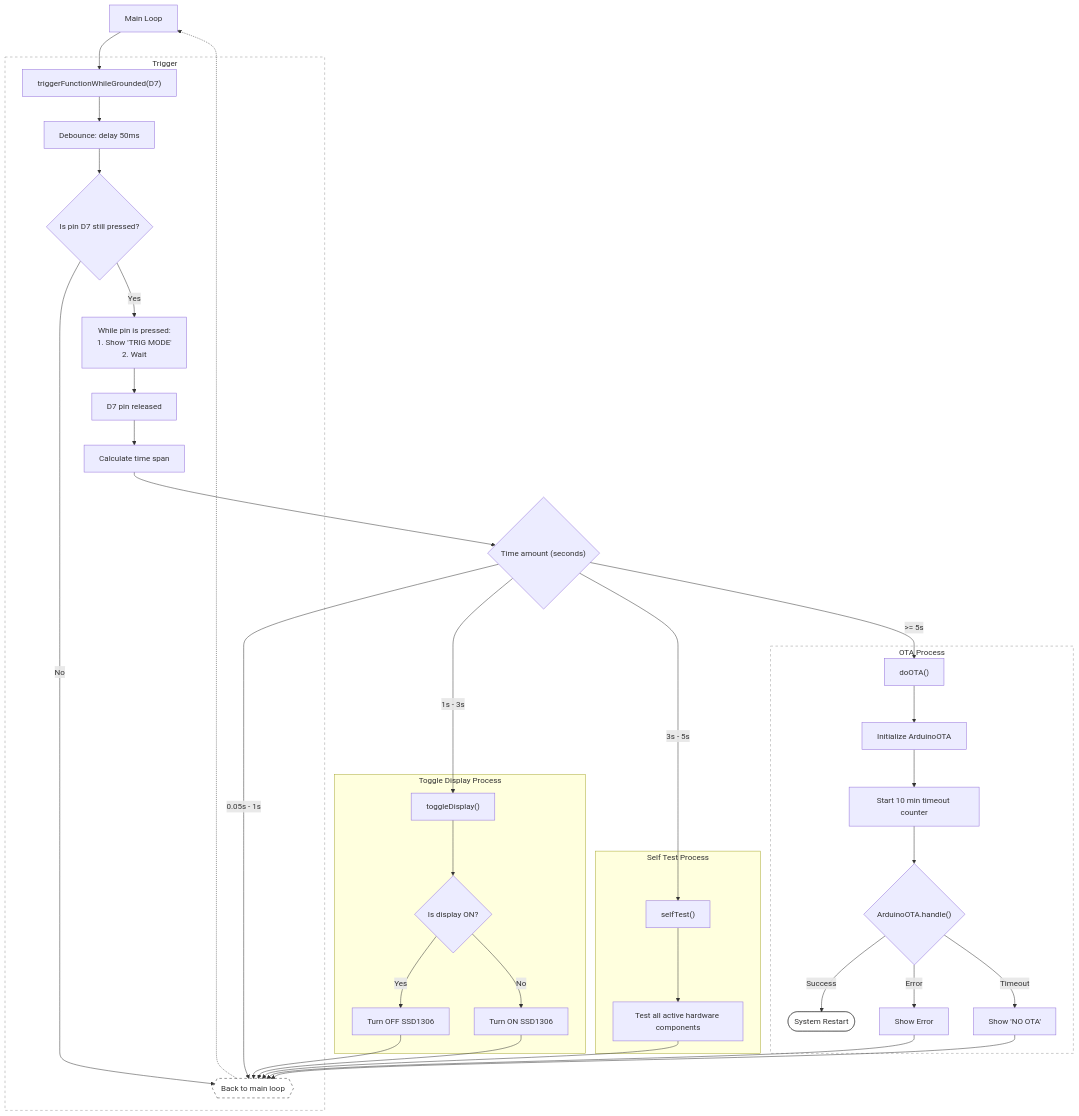
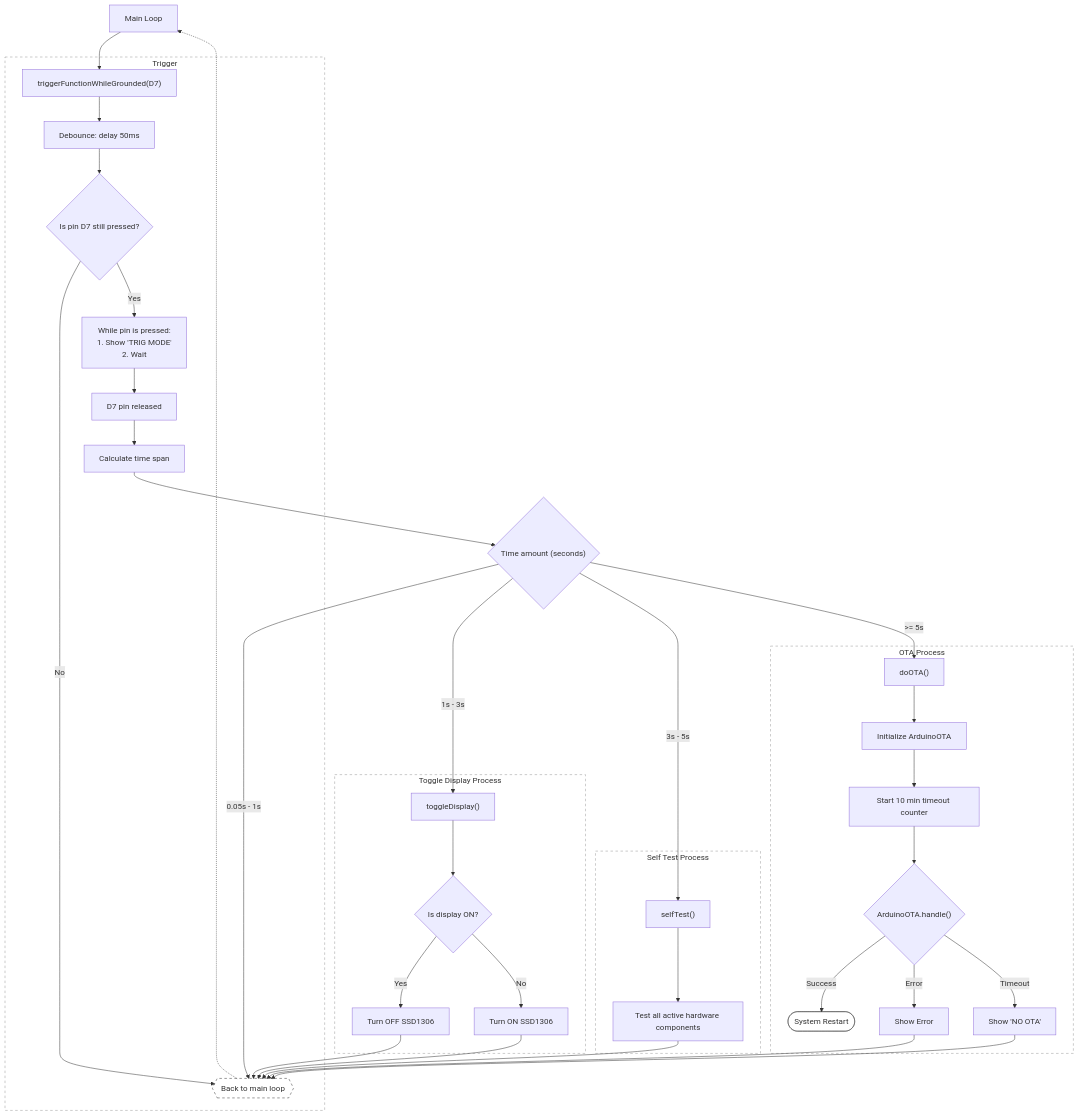
The diagram in README.md (frnmst/esp8266-iot-gas-detector), drawn with Mermaid before and after one commit.

````diff
--- a/README.md
+++ b/README.md
@@ -40,62 +40,64 @@
 ```mermaid
 flowchart TD
     %% Main Entry
     MainLoop[Main Loop] --> TriggerFunc["triggerFunctionWhileGrounded(D7)"]
     
     %% Exit/Return Point (Logical link)
     EndLoop{{Back to main loop}} -.-> MainLoop
 
     subgraph TriggerFunction ["Trigger"]
         TriggerFunc --> Debounce[Debounce: delay 50ms]
         Debounce --> IsGrounded{Is pin D7 still pressed?}
         
         IsGrounded -- No --> EndLoop
         
         IsGrounded -- Yes --> WaitRelease["While pin is pressed:<br/>1. Show 'TRIG MODE'<br/>2. Wait"]
         WaitRelease --> Released[D7 pin released]
         Released --> Measure[Calculate time span]
     end
 
     %% Decision Tree
     Measure --> B7{"Time amount (seconds)"}
 
     %% 0. Not enough trigger time
     B7 -->|0.05s - 1s| EndLoop
 
     %% 1. toggleDisplay
     B7 -->|1s - 3s| C7["toggleDisplay()"]
     subgraph ToggleDisplayLogic [Toggle Display Process]
         C7 --> C7_Dec{Is display ON?}
         C7_Dec -->|Yes| C7_Off[Turn OFF SSD1306]
         C7_Dec -->|No| C7_On[Turn ON SSD1306]
         C7_Off & C7_On --> EndLoop
     end
 
     %% 2. selfTest
     B7 -->|3s - 5s| D7_Fn["selfTest()"]
     subgraph SelfTestLogic [Self Test Process]
         D7_Fn --> D7_Run[Test all active hardware components]
         D7_Run --> EndLoop
     end
 
     %% 3. doOTA
     B7 -->|>= 5s| E7["doOTA()"]
     subgraph OTALogic [OTA Process]
         E7 --> E7_Setup["Initialize ArduinoOTA"]
         E7_Setup --> E7_Wait["Start 10 min timeout counter"]
         E7_Wait --> E7_Loop{"ArduinoOTA.handle()"}
         
         E7_Loop -->|Success| E7_Restart([System Restart])
         
         E7_Loop -->|Error| E7_Err[Show Error]
         E7_Loop -->|Timeout| E7_Tout["Show 'NO OTA'"]
     end
     E7_Err & E7_Tout --> EndLoop
 
     %% Styling
     %% style MainLoop fill:none,stroke:#333,stroke-width:2px
     style EndLoop fill:none,stroke:#333,stroke-dasharray: 5 5
     style E7_Restart fill:none,stroke:#333
     style TriggerFunction fill:none,stroke:#999,stroke-dasharray: 5 5
+    style SelfTestLogic fill:none,stroke:#999,stroke-dasharray: 5 5
+    style ToggleDisplayLogic fill:none,stroke:#999,stroke-dasharray: 5 5
     style OTALogic fill:none,stroke:#999,stroke-dasharray: 5 5
 ```
````
